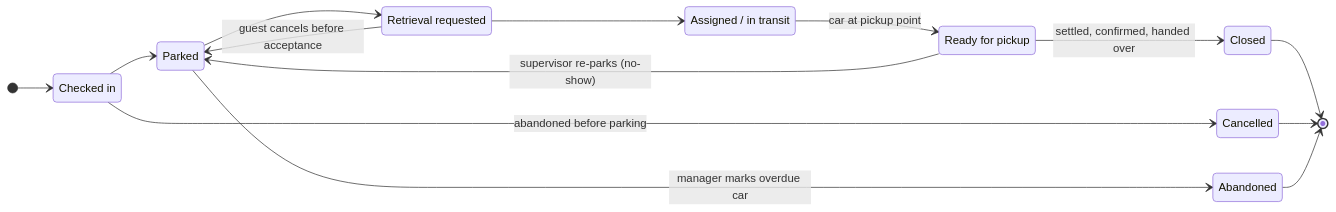
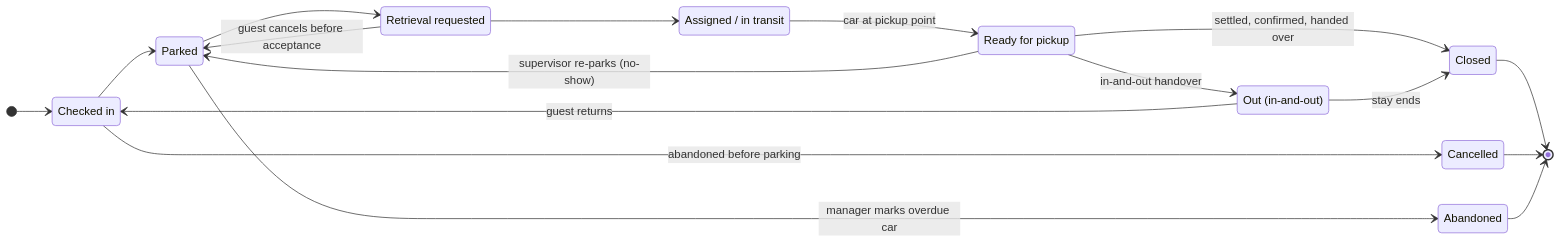
One commit to susheelsanagapalli/valet-parking-system changed the second of 2 diagrams in docs/SRS.md. Above: the diagram before and after it, drawn with Mermaid. The commit also changed other lines of this file and 1 other file, not shown here.

First line of the commit message:
Update SRS to v1.6: QR payments, arrival-time requests, in-and-out

````diff
--- a/docs/SRS.md
+++ b/docs/SRS.md
@@ -635,22 +656,26 @@
 ```mermaid
 stateDiagram-v2
     direction LR
     [*] --> CheckedIn
     CheckedIn --> Parked
     CheckedIn --> Cancelled: abandoned before parking
     Parked --> RetrievalRequested
     Parked --> Abandoned: manager marks overdue car
     RetrievalRequested --> Parked: guest cancels before acceptance
     RetrievalRequested --> AssignedInTransit
     AssignedInTransit --> ReadyForPickup: car at pickup point
     ReadyForPickup --> Parked: supervisor re-parks (no-show)
     ReadyForPickup --> Closed: settled, confirmed, handed over
+    ReadyForPickup --> Out: in-and-out handover
+    Out --> CheckedIn: guest returns
+    Out --> Closed: stay ends
     Closed --> [*]
     Cancelled --> [*]
     Abandoned --> [*]
 
     CheckedIn: Checked in
     RetrievalRequested: Retrieval requested
     AssignedInTransit: Assigned / in transit
     ReadyForPickup: Ready for pickup
+    Out: Out (in-and-out)
 ```
````
